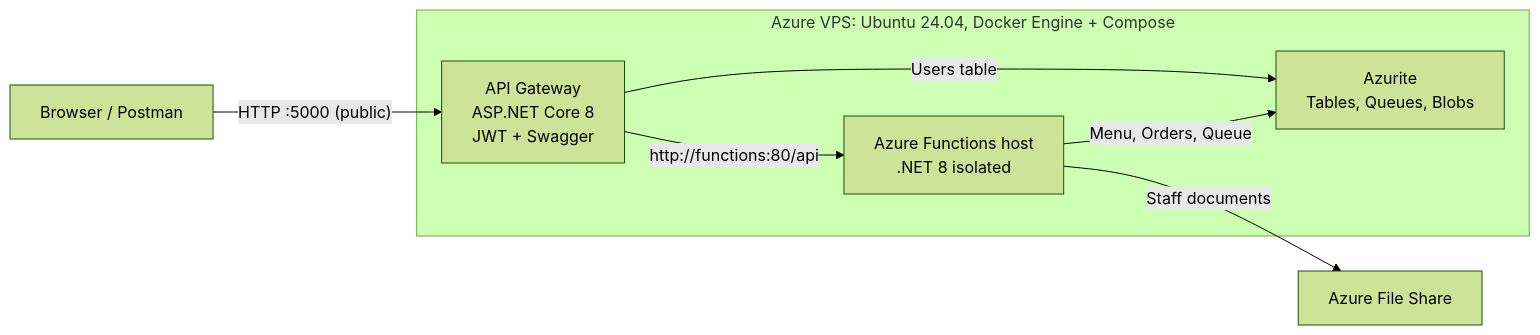
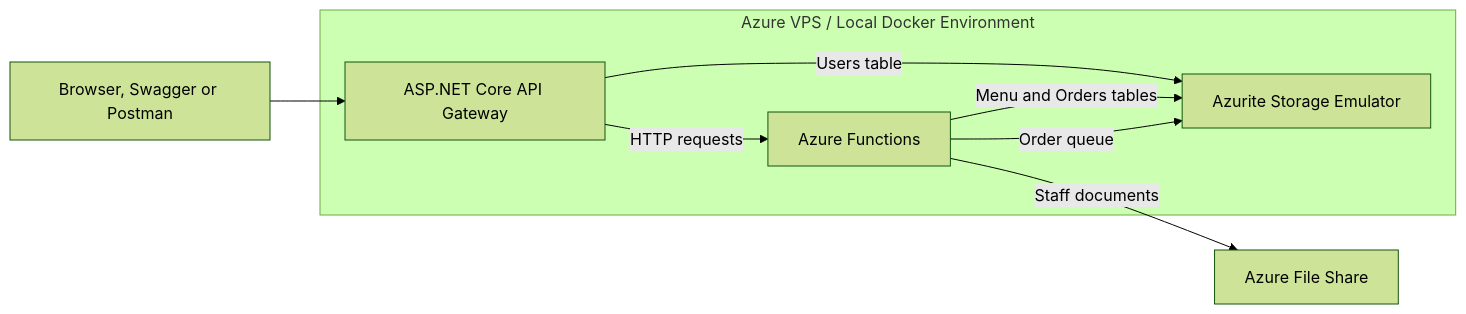
The diagram in README.md (Douglass-Duncan-ST10473980/CLDV6212-FinalPoe), drawn with Mermaid (forest theme) before and after one commit. The commit also changed other lines of this file, not shown here.

````diff
--- a/README.md
+++ b/README.md
@@ -163,15 +63,17 @@
 ```mermaid
 flowchart LR
-    Client["Browser / Postman"] -->|"HTTP :5000 (public)"| Gateway
+    Client["Browser, Swagger or Postman"] --> Gateway
 
-    subgraph VPS["Azure VPS: Ubuntu 24.04, Docker Engine + Compose"]
-        Gateway["API Gateway<br/>ASP.NET Core 8<br/>JWT + Swagger"]
-        Functions["Azure Functions host<br/>.NET 8 isolated"]
-        Azurite["Azurite<br/>Tables, Queues, Blobs"]
-        Gateway -->|"http://functions:80/api"| Functions
+    subgraph Server["Azure VPS / Local Docker Environment"]
+        Gateway["ASP.NET Core API Gateway"]
+        Functions["Azure Functions"]
+        Azurite["Azurite Storage Emulator"]
+
+        Gateway -->|"HTTP requests"| Functions
         Gateway -->|"Users table"| Azurite
-        Functions -->|"Menu, Orders, Queue"| Azurite
+        Functions -->|"Menu and Orders tables"| Azurite
+        Functions -->|"Order queue"| Azurite
     end
 
     Functions -->|"Staff documents"| FileShare["Azure File Share"]
 ```
````
